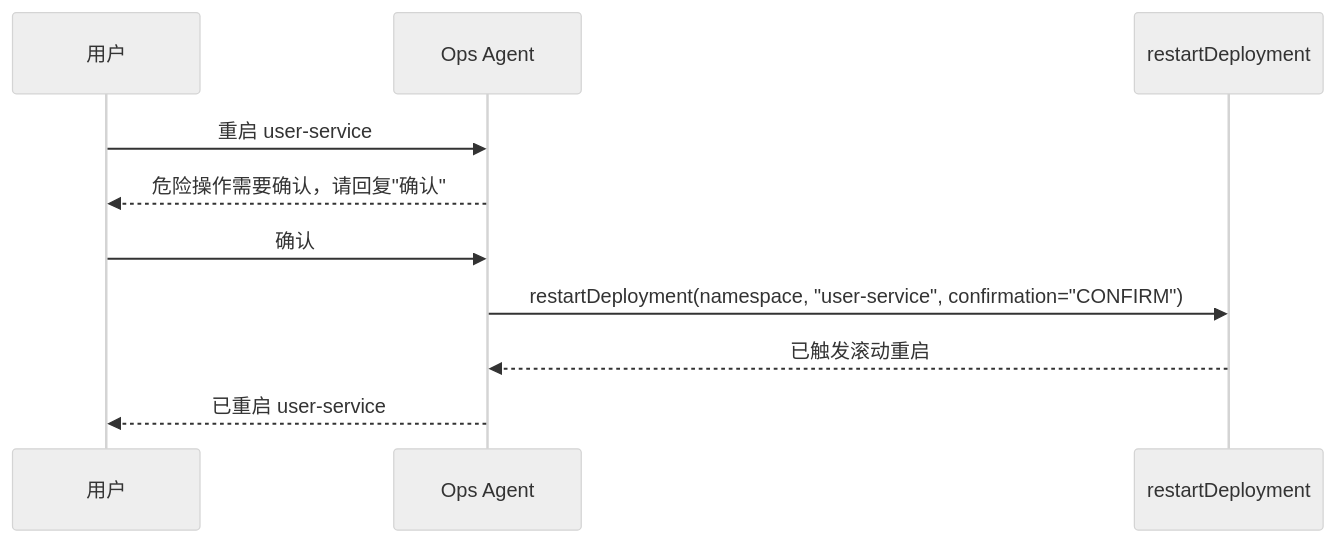
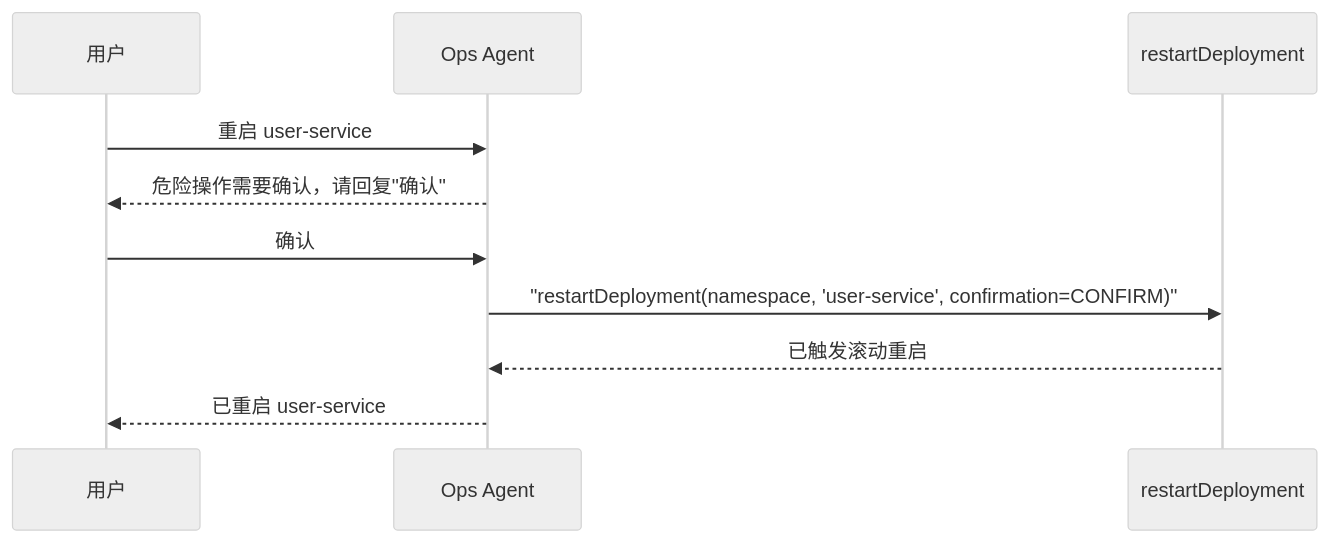
The second of 4 diagrams in docs/tutorials/agent/05-实战项目-智能运维.md (UranusGit/java-agent-learn), drawn with Mermaid (neutral theme) before and after one commit. The commit also changed 137 other files, not shown here.

First line of the commit message:
docs全库mermaid图质量深化：改写残留字符画、补缺图、修坏图

````diff
--- a/docs/tutorials/agent/05-实战项目-智能运维.md
+++ b/docs/tutorials/agent/05-实战项目-智能运维.md
@@ -248,12 +248,12 @@
 ```mermaid
 sequenceDiagram
     participant U as 用户
     participant LLM as Ops Agent
     participant T as restartDeployment
     U->>LLM: 重启 user-service
     LLM-->>U: 危险操作需要确认，请回复"确认"
     U->>LLM: 确认
-    LLM->>T: restartDeployment(namespace, "user-service", confirmation="CONFIRM")
+    LLM->>T: "restartDeployment(namespace, 'user-service', confirmation=CONFIRM)"
     T-->>LLM: 已触发滚动重启
     LLM-->>U: 已重启 user-service
 ```
````
